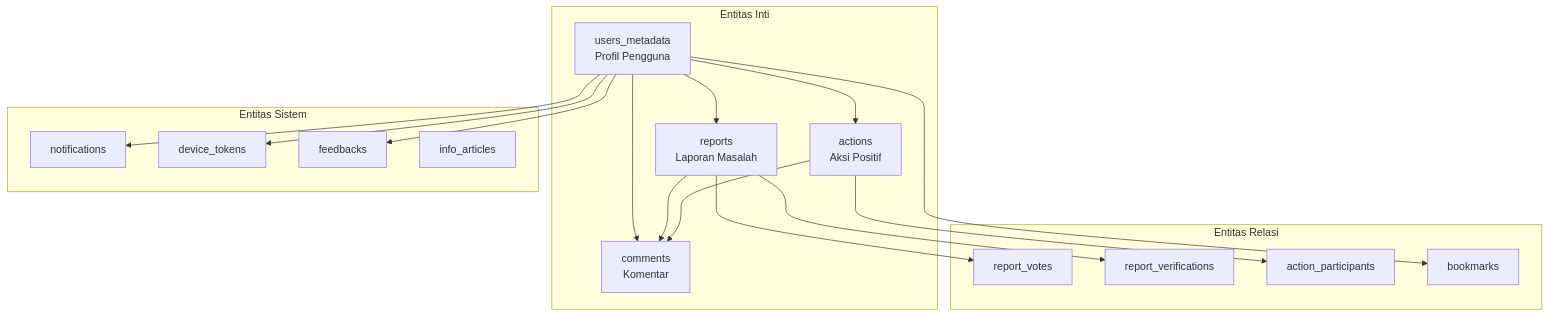
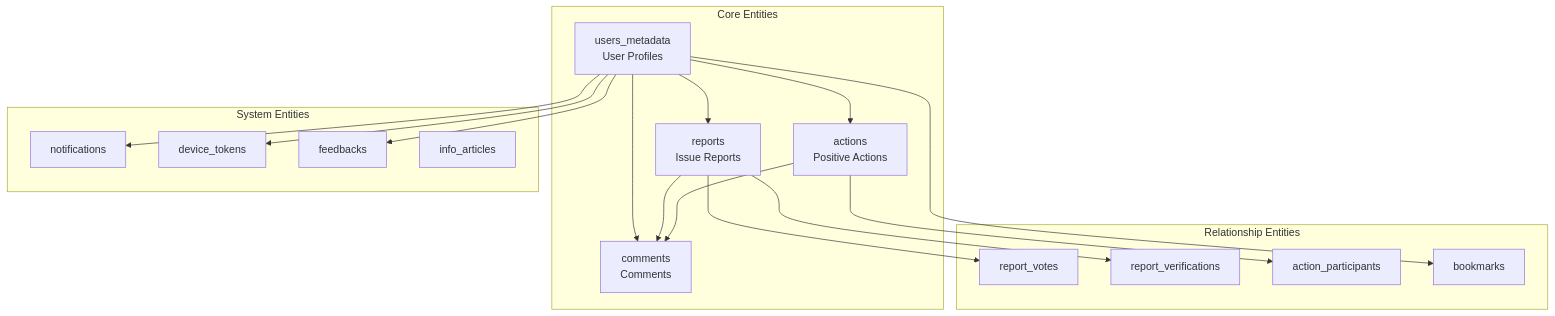
Before and after one commit to StackHorizon-ProxoCoris/frontend-mobileapp: the first of 2 diagrams in docs/DATA_STRUCTURES.md, drawn with Mermaid. The commit also changed other lines of this file and 6 other files, not shown here.

````diff
--- a/docs/DATA_STRUCTURES.md
+++ b/docs/DATA_STRUCTURES.md
@@ -9,28 +9,28 @@
 ```mermaid
 graph TB
-    subgraph Core["Entitas Inti"]
-        UM["users_metadata<br/>Profil Pengguna"]
-        R["reports<br/>Laporan Masalah"]
-        A["actions<br/>Aksi Positif"]
-        C["comments<br/>Komentar"]
+    subgraph Core["Core Entities"]
+        UM["users_metadata<br/>User Profiles"]
+        R["reports<br/>Issue Reports"]
+        A["actions<br/>Positive Actions"]
+        C["comments<br/>Comments"]
     end
 
-    subgraph Relations["Entitas Relasi"]
+    subgraph Relations["Relationship Entities"]
         RV["report_votes"]
         RVF["report_verifications"]
         AP["action_participants"]
         BM["bookmarks"]
     end
 
-    subgraph System["Entitas Sistem"]
+    subgraph System["System Entities"]
         N["notifications"]
         DT["device_tokens"]
         F["feedbacks"]
         IA["info_articles"]
     end
 
     UM --> R & A & C
     R --> RV & RVF & C
     A --> AP & C
     UM --> BM & N & DT & F
 ```
````
